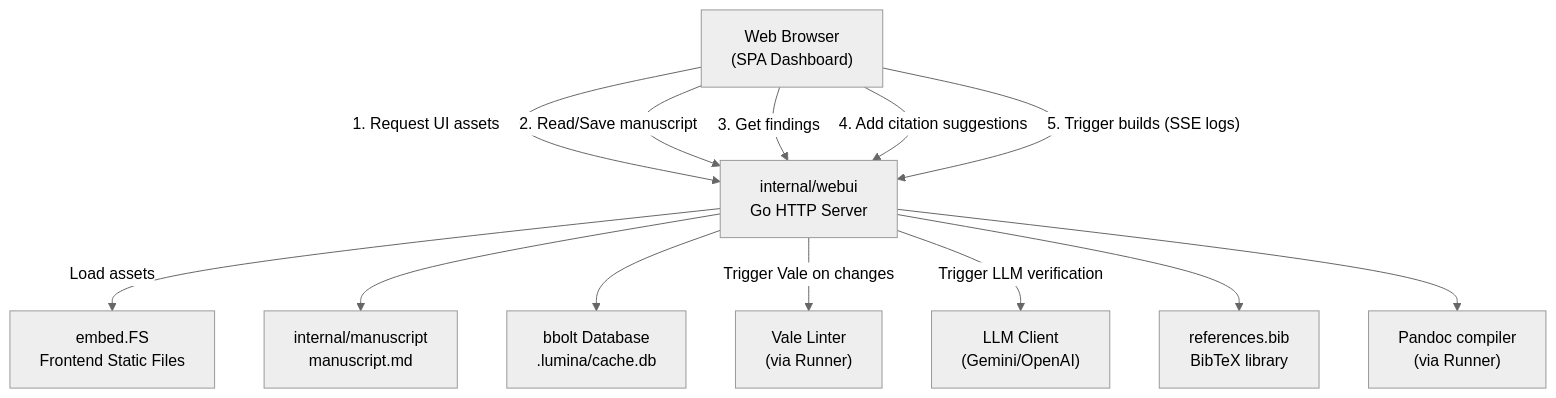
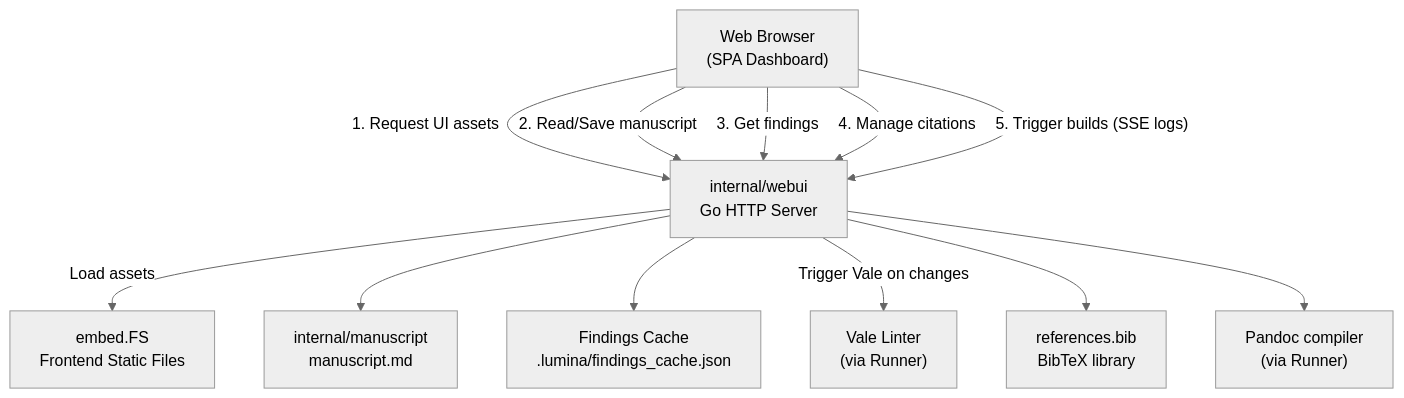
The diagram in spec/005_web_ui/spec.md (digitalentity/lumina), drawn with Mermaid (neutral theme) before and after one commit. The commit also changed other lines of this file and 42 other files, not shown here.

````diff
--- a/spec/005_web_ui/spec.md
+++ b/spec/005_web_ui/spec.md
@@ -82,25 +79,23 @@
 ```mermaid
 graph TD
     BROWSER["Web Browser\n(SPA Dashboard)"]
     API["internal/webui\nGo HTTP Server"]
     FS["embed.FS\nFrontend Static Files"]
     MAN["internal/manuscript\nmanuscript.md"]
     BIB["references.bib\nBibTeX library"]
-    DB["bbolt Database\n.lumina/cache.db"]
+    CACHE["Findings Cache\n.lumina/findings_cache.json"]
     VALE["Vale Linter\n(via Runner)"]
-    LLM["LLM Client\n(Gemini/OpenAI)"]
     PAN["Pandoc compiler\n(via Runner)"]
 
     BROWSER -->|"1. Request UI assets"| API
     API -->|"Load assets"| FS
     BROWSER -->|"2. Read/Save manuscript"| API
     API --> MAN
     BROWSER -->|"3. Get findings"| API
-    API --> DB
+    API --> CACHE
     API -->|"Trigger Vale on changes"| VALE
-    API -->|"Trigger LLM verification"| LLM
-    BROWSER -->|"4. Add citation suggestions"| API
+    BROWSER -->|"4. Manage citations"| API
     API --> BIB
     BROWSER -->|"5. Trigger builds (SSE logs)"| API
     API --> PAN
 ```
````
